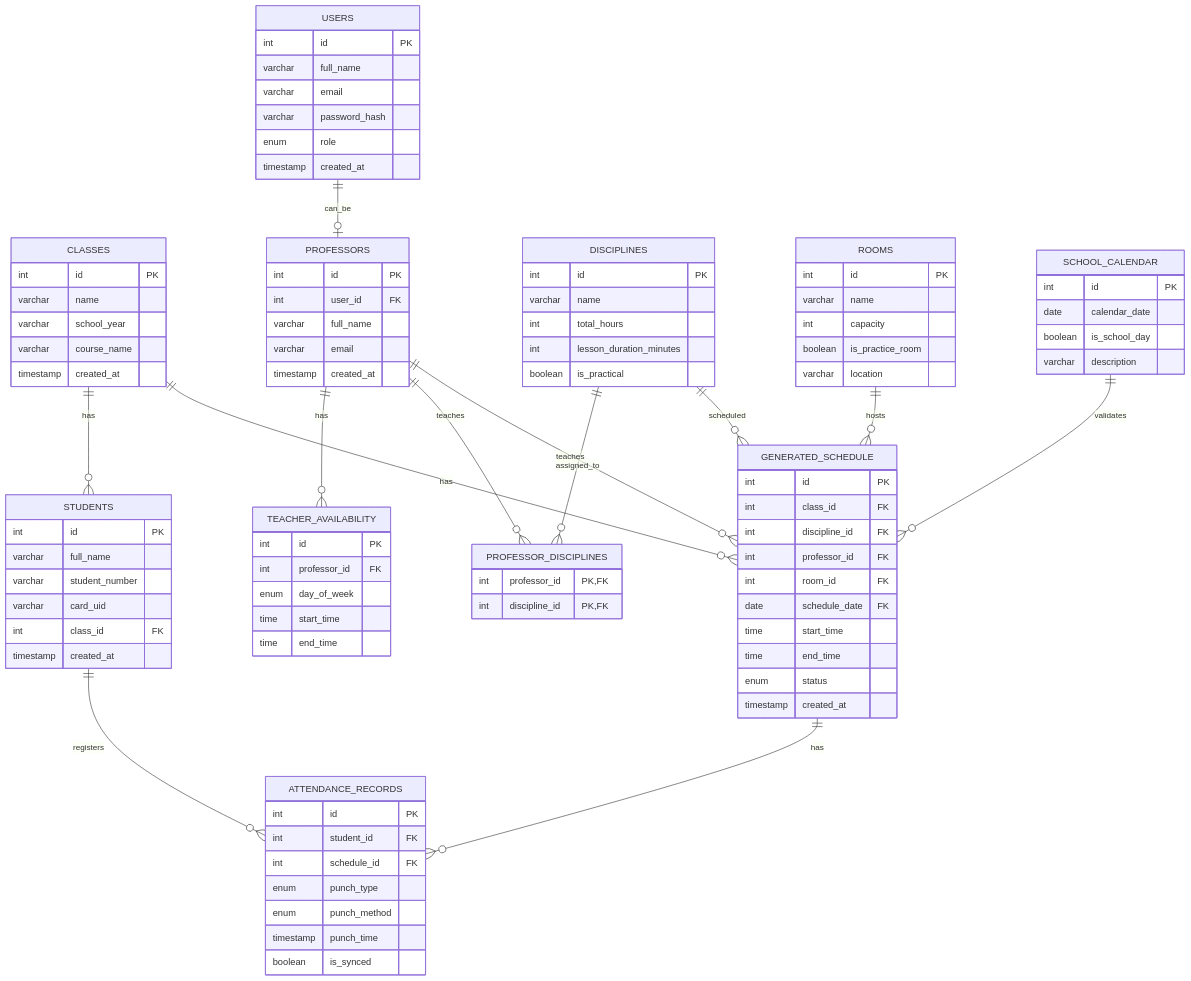
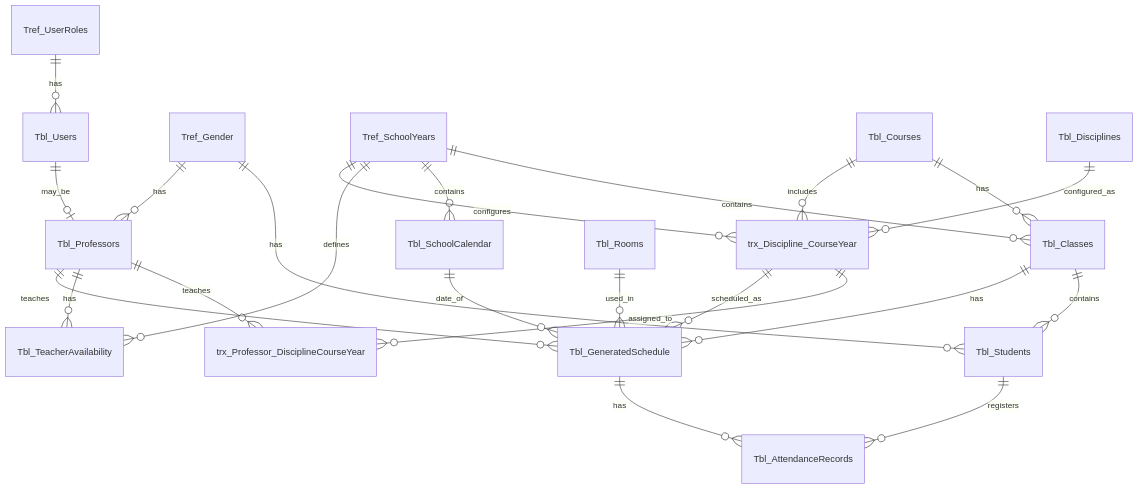
One commit to aminelmoubarik/academia360-database changed the diagram in docs/er-diagram.md. Above: the diagram before and after it, drawn with Mermaid. The commit also changed other lines of this file and 29 other files, not shown here.

Commit message:
Implement normalized database schema, JWT auth and updated CRUD API

````diff
--- a/docs/er-diagram.md
+++ b/docs/er-diagram.md
@@ -5,110 +59,35 @@
 ```mermaid
 erDiagram
-    USERS {
-        int id PK
-        varchar full_name
-        varchar email
-        varchar password_hash
-        enum role
-        timestamp created_at
-    }
+    Tref_UserRoles ||--o{ Tbl_Users : has
+    Tbl_Users ||--o| Tbl_Professors : may_be
 
-    CLASSES {
-        int id PK
-        varchar name
-        varchar school_year
-        varchar course_name
-        timestamp created_at
-    }
+    Tref_Gender ||--o{ Tbl_Students : has
+    Tref_Gender ||--o{ Tbl_Professors : has
 
-    STUDENTS {
-        int id PK
-        varchar full_name
-        varchar student_number
-        varchar card_uid
-        int class_id FK
-        timestamp created_at
-    }
+    Tref_SchoolYears ||--o{ Tbl_Classes : contains
+    Tref_SchoolYears ||--o{ Tbl_SchoolCalendar : contains
+    Tref_SchoolYears ||--o{ Tbl_TeacherAvailability : defines
+    Tref_SchoolYears ||--o{ trx_Discipline_CourseYear : configures
 
-    PROFESSORS {
-        int id PK
-        int user_id FK
-        varchar full_name
-        varchar email
-        timestamp created_at
-    }
+    Tbl_Courses ||--o{ Tbl_Classes : has
+    Tbl_Courses ||--o{ trx_Discipline_CourseYear : includes
 
-    DISCIPLINES {
-        int id PK
-        varchar name
-        int total_hours
-        int lesson_duration_minutes
-        boolean is_practical
-    }
+    Tbl_Classes ||--o{ Tbl_Students : contains
+    Tbl_Classes ||--o{ Tbl_GeneratedSchedule : has
 
-    PROFESSOR_DISCIPLINES {
-        int professor_id PK, FK
-        int discipline_id PK, FK
-    }
+    Tbl_Disciplines ||--o{ trx_Discipline_CourseYear : configured_as
 
-    ROOMS {
-        int id PK
-        varchar name
-        int capacity
-        boolean is_practice_room
-        varchar location
-    }
+    Tbl_Professors ||--o{ trx_Professor_DisciplineCourseYear : teaches
+    trx_Discipline_CourseYear ||--o{ trx_Professor_DisciplineCourseYear : assigned_to
 
-    SCHOOL_CALENDAR {
-        int id PK
-        date calendar_date
-        boolean is_school_day
-        varchar description
-    }
+    trx_Discipline_CourseYear ||--o{ Tbl_GeneratedSchedule : scheduled_as
 
-    TEACHER_AVAILABILITY {
-        int id PK
-        int professor_id FK
-        enum day_of_week
-        time start_time
-        time end_time
-    }
+    Tbl_Professors ||--o{ Tbl_TeacherAvailability : has
+    Tbl_Professors ||--o{ Tbl_GeneratedSchedule : teaches
 
-    GENERATED_SCHEDULE {
-        int id PK
-        int class_id FK
-        int discipline_id FK
-        int professor_id FK
-        int room_id FK
-        date schedule_date FK
-        time start_time
-        time end_time
-        enum status
-        timestamp created_at
-    }
+    Tbl_Rooms ||--o{ Tbl_GeneratedSchedule : used_in
+    Tbl_SchoolCalendar ||--o{ Tbl_GeneratedSchedule : date_of
 
-    ATTENDANCE_RECORDS {
-        int id PK
-        int student_id FK
-        int schedule_id FK
-        enum punch_type
-        enum punch_method
-        timestamp punch_time
-        boolean is_synced
-    }
-
-    CLASSES ||--o{ STUDENTS : has
-    USERS ||--o| PROFESSORS : can_be
-    PROFESSORS ||--o{ TEACHER_AVAILABILITY : has
-    PROFESSORS ||--o{ PROFESSOR_DISCIPLINES : teaches
-    DISCIPLINES ||--o{ PROFESSOR_DISCIPLINES : assigned_to
-
-    SCHOOL_CALENDAR ||--o{ GENERATED_SCHEDULE : validates
-    CLASSES ||--o{ GENERATED_SCHEDULE : has
-    DISCIPLINES ||--o{ GENERATED_SCHEDULE : scheduled
-    PROFESSORS ||--o{ GENERATED_SCHEDULE : teaches
-    ROOMS ||--o{ GENERATED_SCHEDULE : hosts
-
-    GENERATED_SCHEDULE ||--o{ ATTENDANCE_RECORDS : has
-    STUDENTS ||--o{ ATTENDANCE_RECORDS : registers
+    Tbl_GeneratedSchedule ||--o{ Tbl_AttendanceRecords : has
+    Tbl_Students ||--o{ Tbl_AttendanceRecords : registers
 ```
````
